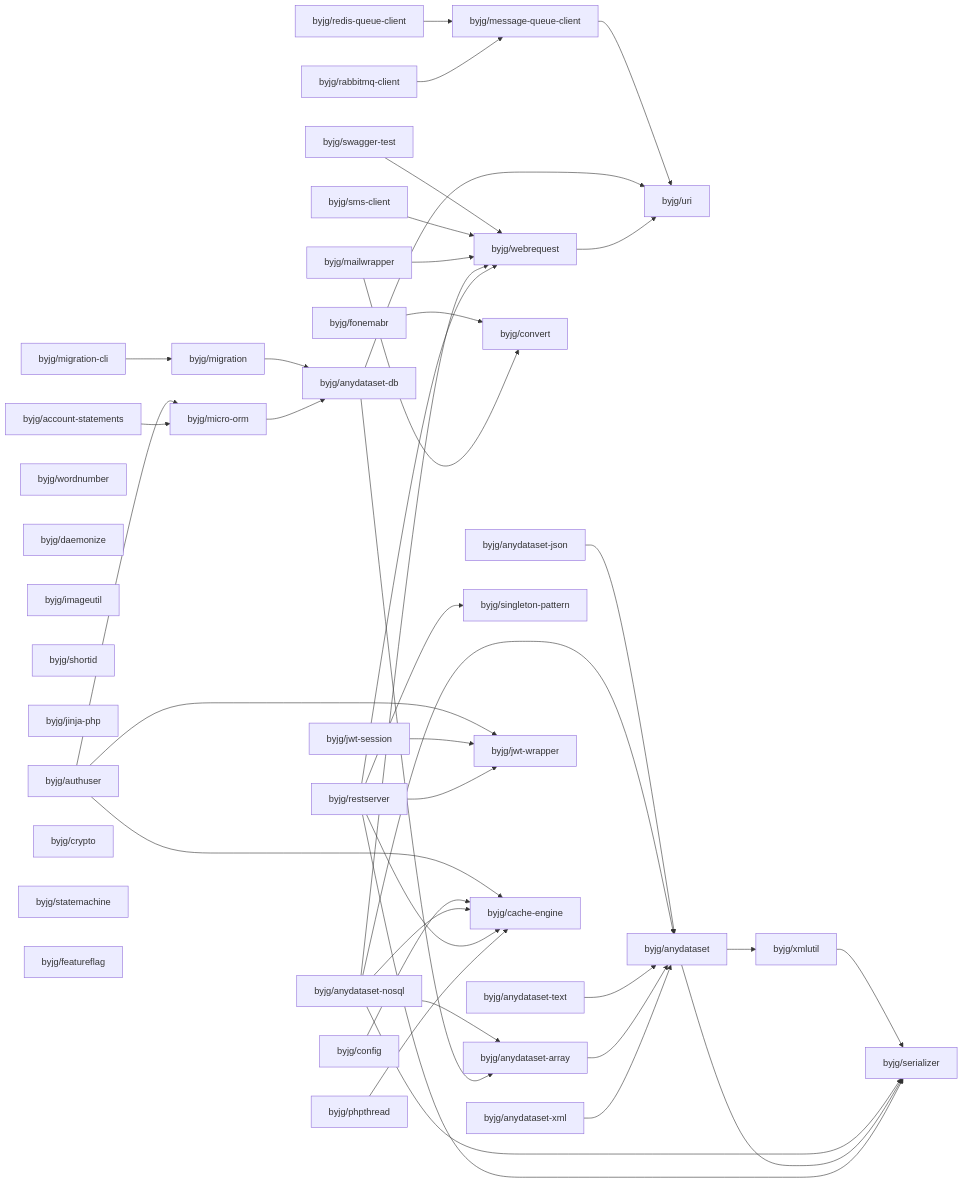
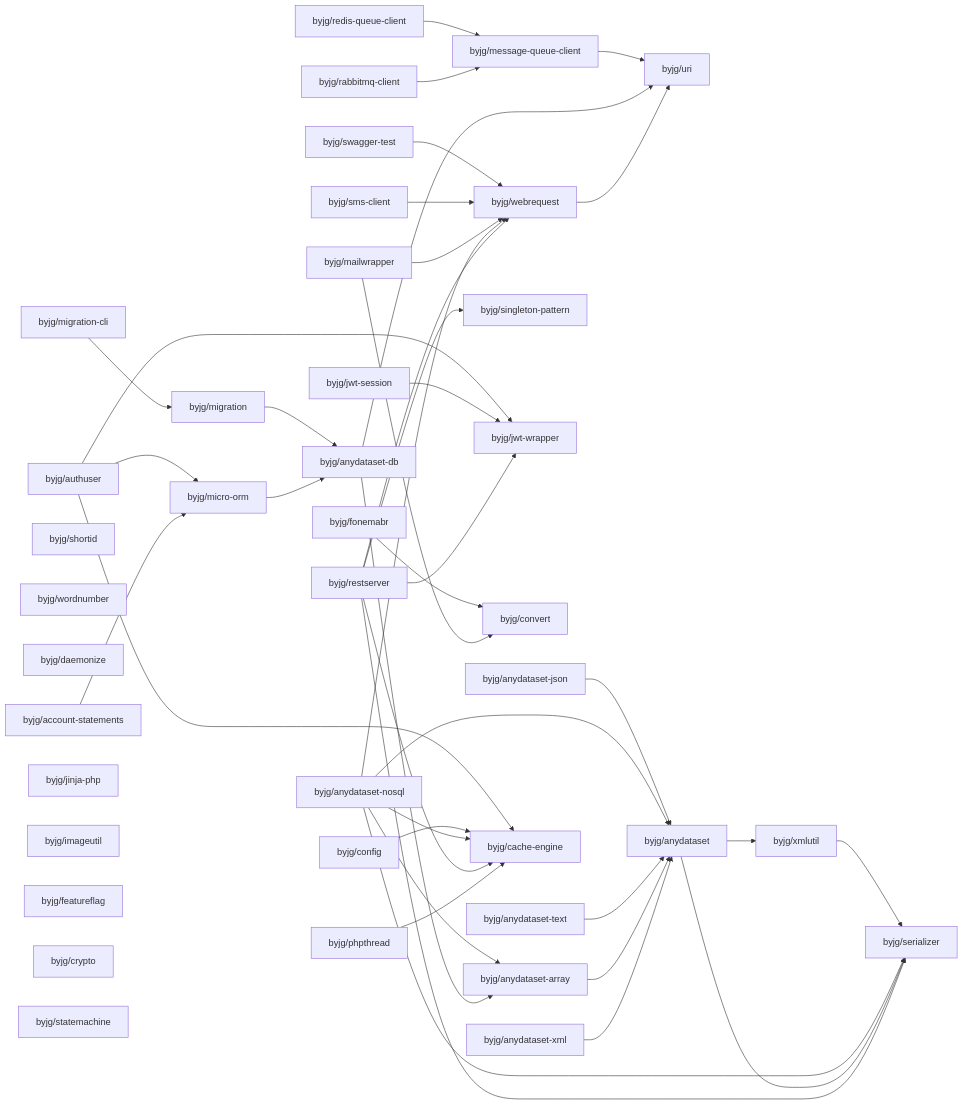
The diagram in docs/php/README.md (byjg/byjg.github.io), drawn with Mermaid before and after one commit. The commit also changed other lines of this file and 1 other file, not shown here.

Commit message:
Update documentation 'php' 'php-config'

````diff
--- a/docs/php/README.md
+++ b/docs/php/README.md
@@ -3,80 +3,80 @@
 ```mermaid
 graph LR;
   byjg/migration-cli;
+  byjg/jwt-session;
+  byjg/config;
   byjg/account-statements;
+  byjg/shortid;
+  byjg/sms-client;
+  byjg/restserver;
   byjg/wordnumber;
-  byjg/jwt-session;
+  byjg/phpthread;
+  byjg/daemonize;
+  byjg/authuser;
+  byjg/anydataset-xml;
   byjg/anydataset-json;
   byjg/redis-queue-client;
+  byjg/jinja-php;
+  byjg/imageutil;
+  byjg/swagger-test;
+  byjg/featureflag;
+  byjg/crypto;
   byjg/anydataset-text;
-  byjg/daemonize;
   byjg/mailwrapper;
-  byjg/swagger-test;
-  byjg/imageutil;
-  byjg/phpthread;
+  byjg/statemachine;
   byjg/fonemabr;
+  byjg/rabbitmq-client;
   byjg/anydataset-nosql;
-  byjg/shortid;
-  byjg/jinja-php;
-  byjg/anydataset-xml;
-  byjg/authuser;
-  byjg/sms-client;
-  byjg/rabbitmq-client;
-  byjg/restserver;
-  byjg/config;
-  byjg/crypto;
-  byjg/statemachine;
-  byjg/featureflag;
   byjg/migration;
+  byjg/singleton-pattern;
+  byjg/micro-orm;
+  byjg/jwt-wrapper;
   byjg/convert;
-  byjg/micro-orm;
   byjg/message-queue-client;
-  byjg/singleton-pattern;
   byjg/webrequest;
-  byjg/jwt-wrapper;
   byjg/cache-engine;
   byjg/anydataset-db;
   byjg/anydataset-array;
   byjg/uri;
   byjg/anydataset;
   byjg/xmlutil;
   byjg/serializer;
   byjg/migration --> byjg/anydataset-db;
   byjg/fonemabr --> byjg/convert;
   byjg/swagger-test --> byjg/webrequest;
   byjg/authuser --> byjg/micro-orm;
   byjg/authuser --> byjg/cache-engine;
   byjg/authuser --> byjg/jwt-wrapper;
   byjg/config --> byjg/cache-engine;
   byjg/message-queue-client --> byjg/uri;
   byjg/sms-client --> byjg/webrequest;
   byjg/xmlutil --> byjg/serializer;
   byjg/anydataset-json --> byjg/anydataset;
   byjg/mailwrapper --> byjg/convert;
   byjg/mailwrapper --> byjg/webrequest;
   byjg/anydataset-nosql --> byjg/anydataset;
   byjg/anydataset-nosql --> byjg/anydataset-array;
   byjg/anydataset-nosql --> byjg/serializer;
   byjg/anydataset-nosql --> byjg/webrequest;
   byjg/anydataset-nosql --> byjg/cache-engine;
   byjg/migration-cli --> byjg/migration;
   byjg/redis-queue-client --> byjg/message-queue-client;
   byjg/jwt-session --> byjg/jwt-wrapper;
   byjg/anydataset --> byjg/serializer;
   byjg/anydataset --> byjg/xmlutil;
   byjg/anydataset-db --> byjg/anydataset-array;
   byjg/anydataset-db --> byjg/uri;
   byjg/anydataset-text --> byjg/anydataset;
   byjg/restserver --> byjg/serializer;
   byjg/restserver --> byjg/singleton-pattern;
   byjg/restserver --> byjg/cache-engine;
   byjg/restserver --> byjg/webrequest;
   byjg/restserver --> byjg/jwt-wrapper;
   byjg/account-statements --> byjg/micro-orm;
   byjg/webrequest --> byjg/uri;
   byjg/micro-orm --> byjg/anydataset-db;
   byjg/anydataset-array --> byjg/anydataset;
   byjg/anydataset-xml --> byjg/anydataset;
   byjg/phpthread --> byjg/cache-engine;
   byjg/rabbitmq-client --> byjg/message-queue-client;
 ```
````
